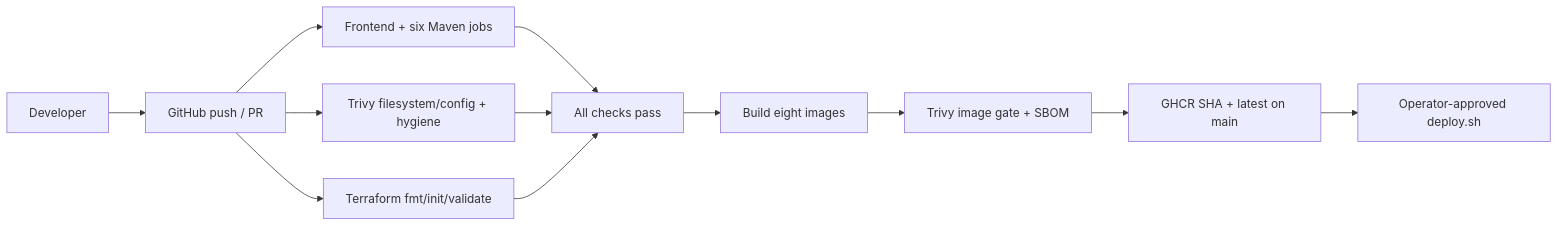
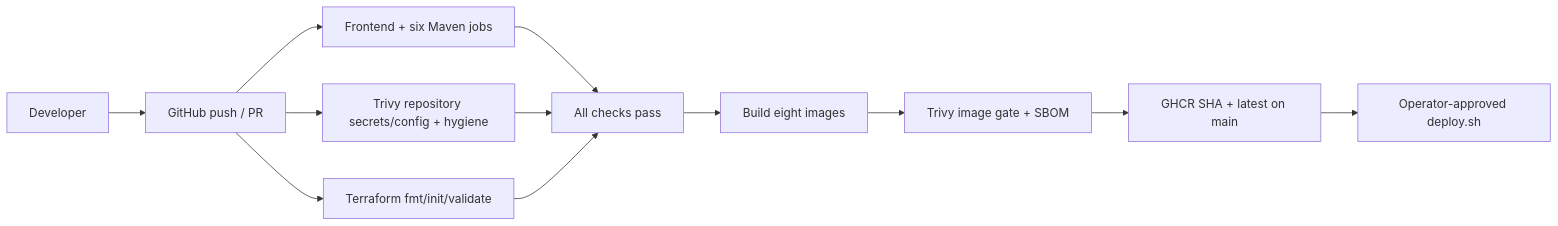
One commit to sakti69-cssoft/ShopSphere-Cloud-Native-ECommerce changed the diagram in docs/cicd.md. Above: the diagram before and after it, drawn with Mermaid. The commit also changed other lines of this file and 3 other files, not shown here.

````diff
--- a/docs/cicd.md
+++ b/docs/cicd.md
@@ -4,14 +4,14 @@
 ```mermaid
 flowchart LR
  D[Developer] --> GH[GitHub push / PR]
  GH --> T[Frontend + six Maven jobs]
- GH --> S[Trivy filesystem/config + hygiene]
+ GH --> S[Trivy repository secrets/config + hygiene]
  GH --> TF[Terraform fmt/init/validate]
  T --> Gate[All checks pass]
  S --> Gate
  TF --> Gate
  Gate --> Build[Build eight images]
  Build --> Scan[Trivy image gate + SBOM]
  Scan --> Registry[GHCR SHA + latest on main]
  Registry --> Manual[Operator-approved deploy.sh]
 ```
````
